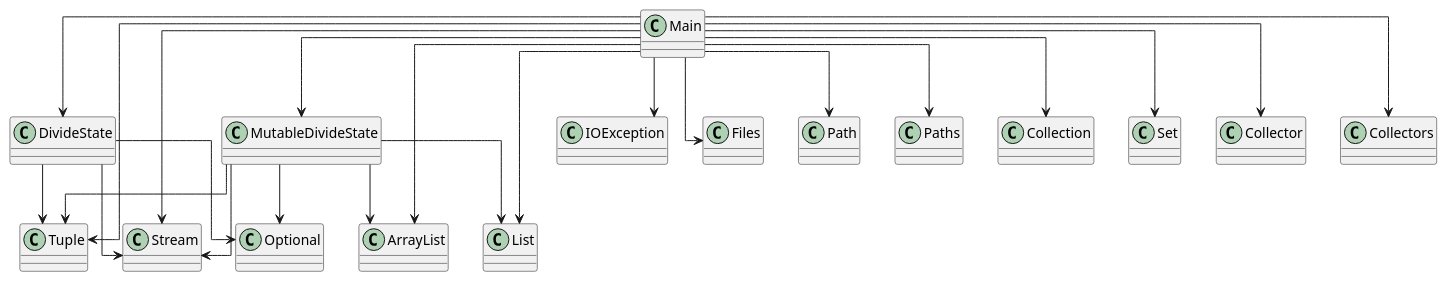
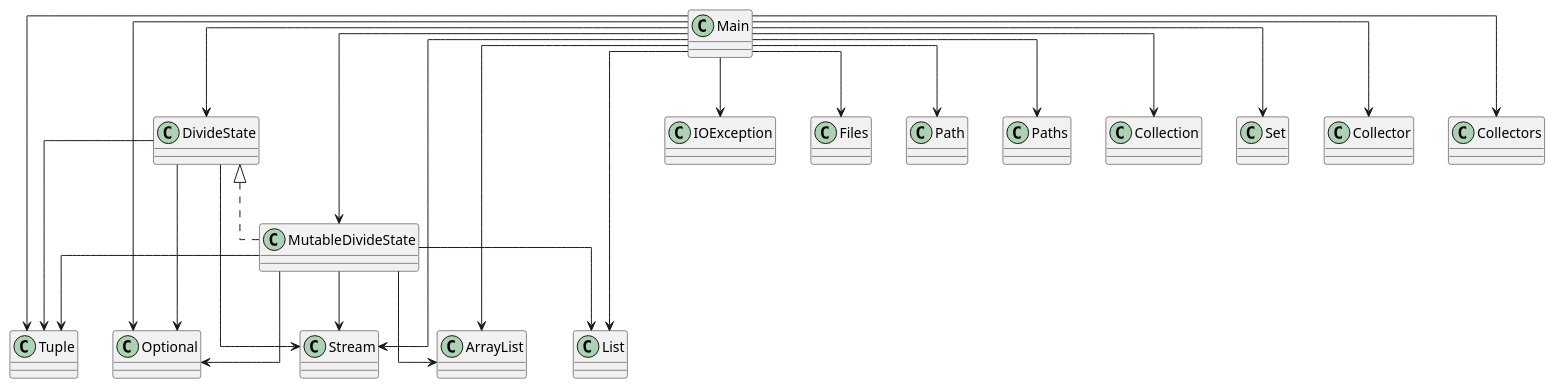
One commit to SirMathhman/Magma changed the diagram in diagram.puml. Above: the diagram before and after it, drawn with PlantUML. The commit also changed 3 other files, not shown here.

```diff
--- a/diagram.puml
+++ b/diagram.puml
@@ -1,29 +1,32 @@
 @startuml
 skinparam linetype ortho
 class Main
 Main --> Tuple
 Main --> DivideState
 Main --> MutableDivideState
 Main --> IOException
 Main --> Files
 Main --> Path
 Main --> Paths
 Main --> ArrayList
 Main --> Collection
 Main --> List
+Main --> Optional
 Main --> Set
 Main --> Collector
 Main --> Collectors
 Main --> Stream
+class Main 
 class MutableDivideState
 MutableDivideState --> Tuple
 MutableDivideState --> ArrayList
 MutableDivideState --> List
 MutableDivideState --> Optional
 MutableDivideState --> Stream
+class MutableDivideState implements DivideState 
 class Tuple
 class DivideState
 DivideState --> Tuple
 DivideState --> Optional
 DivideState --> Stream
 @enduml
```
